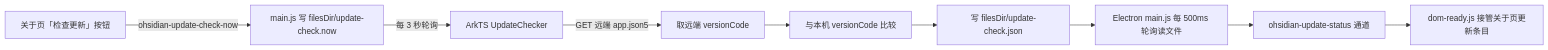
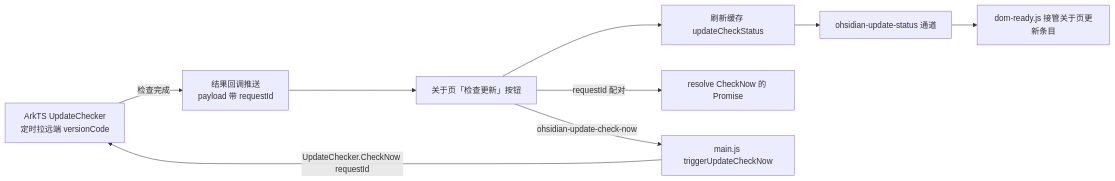
One commit to HandwerSTD/ObsidianHM changed the diagram in docs/update-check.md. Above: the diagram before and after it, drawn with Mermaid. The commit also changed other lines of this file and 17 other files, not shown here.

First line of the commit message:
feat: 打通 ArkTS 与 Electron 双向通道，deeplink 与检测更新改为事件驱动

````diff
--- a/docs/update-check.md
+++ b/docs/update-check.md
@@ -7,11 +7,11 @@
 ```mermaid
 flowchart LR
-  A[ArkTS UpdateChecker] -->|GET 远端 app.json5| B[取远端 versionCode]
-  B --> C[与本机 versionCode 比较]
-  C --> D[写 filesDir/update-check.json]
-  D --> E[Electron main.js 每 500ms 轮询读文件]
-  E --> F[ohsidian-update-status 通道]
+  A[ArkTS UpdateChecker<br/>定时拉远端 versionCode] -->|检查完成| P[结果回调推送<br/>payload 带 requestId]
+  P --> H[Electron main.js<br/>handleUpdateCheckPush]
+  H --> C[刷新缓存 updateCheckStatus]
+  C --> F[ohsidian-update-status 通道]
   F --> G[dom-ready.js 接管关于页更新条目]
-  H[关于页「检查更新」按钮] -->|ohsidian-update-check-now| I[main.js 写 filesDir/update-check.now]
-  I -->|每 3 秒轮询| A
+  H -->|requestId 配对| R[resolve CheckNow 的 Promise]
+  H[关于页「检查更新」按钮] -->|ohsidian-update-check-now| I[main.js triggerUpdateCheckNow]
+  I -->|UpdateChecker.CheckNow requestId| A
 ```
````
